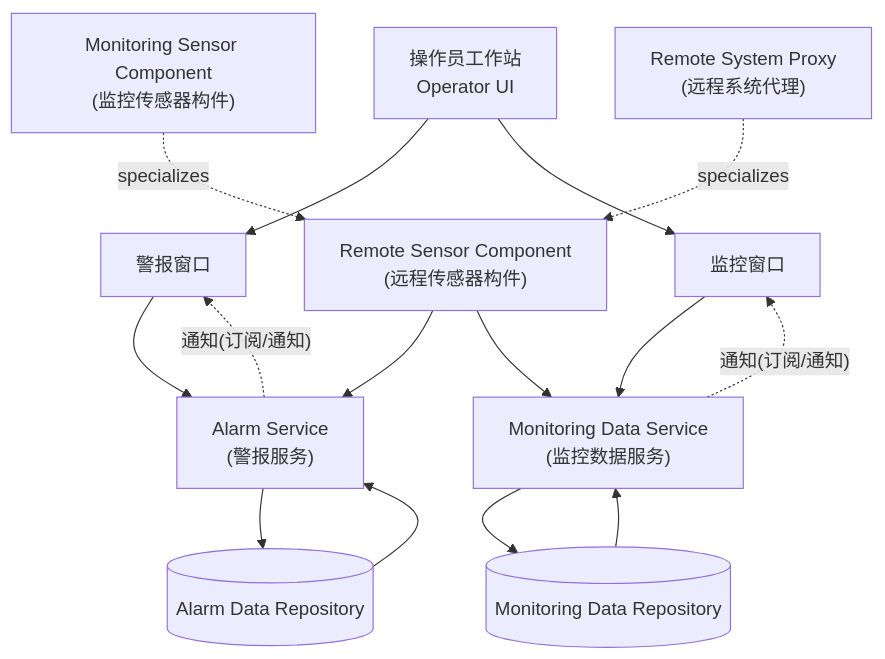
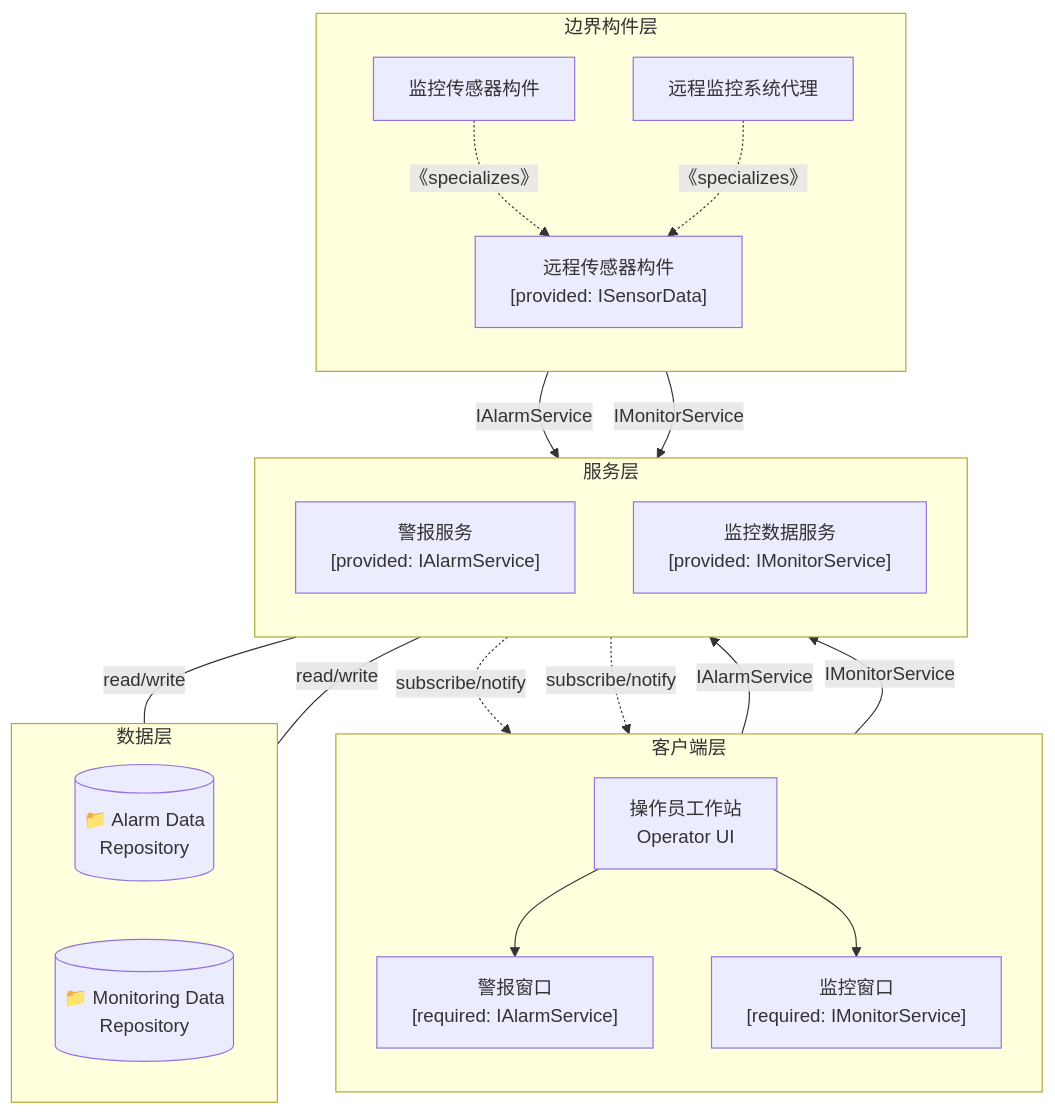
Before and after one commit to GodLiangJingYu/MyCodeResource: the fourth of 9 diagrams in 软件架构设计/实验/实验3/提交/2023302855 梁景毓 ex3.md, drawn with Mermaid. The commit also changed other lines of this file and 138 other files, not shown here.

````diff
--- a/软件架构设计/实验/实验3/提交/2023302855 梁景毓 ex3.md
+++ b/软件架构设计/实验/实验3/提交/2023302855 梁景毓 ex3.md
@@ -152,36 +185,45 @@
 ```mermaid
 flowchart TB
-OpUI[操作员工作站\nOperator UI]
-AlarmWin[警报窗口]
-MonWin[监控窗口]
+    subgraph 客户端层
+        direction TB
+        OpUI["操作员工作站\nOperator UI"]
+        AlarmWin["警报窗口\n[required: IAlarmService]"]
+        MonWin["监控窗口\n[required: IMonitorService]"]
+        
+        OpUI --> AlarmWin
+        OpUI --> MonWin
+    end
 
-AlarmSvc["Alarm Service\n(警报服务)"]
-MonSvc["Monitoring Data Service\n(监控数据服务)"]
+    subgraph 服务层
+        direction TB
+        AlarmSvc["警报服务\n[provided: IAlarmService]"]
+        MonSvc["监控数据服务\n[provided: IMonitorService]"]
+    end
 
-SensorComp["Remote Sensor Component\n(远程传感器构件)"]
-MSensorComp["Monitoring Sensor Component\n(监控传感器构件)"]
-RemoteProxy["Remote System Proxy\n(远程系统代理)"]
+    subgraph 边界构件层
+        direction TB
+        SensorComp["远程传感器构件\n[provided: ISensorData]"]
+        MSensorComp["监控传感器构件"]
+        RemoteProxy["远程监控系统代理"]
+        
+        MSensorComp -. "《specializes》" .-> SensorComp
+        RemoteProxy -. "《specializes》" .-> SensorComp
+    end
 
-AlarmRepo[("Alarm Data Repository")]
-MonRepo[("Monitoring Data Repository")]
+    subgraph 数据层
+        direction LR
+        AlarmRepo[("📁 Alarm Data\nRepository")]
+        MonRepo[("📁 Monitoring Data\nRepository")]
+    end
 
-OpUI --> AlarmWin
-OpUI --> MonWin
+    AlarmWin -- "IAlarmService" --> AlarmSvc
+    MonWin -- "IMonitorService" --> MonSvc
+    SensorComp -- "IAlarmService" --> AlarmSvc
+    SensorComp -- "IMonitorService" --> MonSvc
 
-AlarmWin --> AlarmSvc
-MonWin --> MonSvc
+    AlarmSvc -- "read/write" --- AlarmRepo
+    MonSvc -- "read/write" --- MonRepo
 
-SensorComp --> AlarmSvc
-SensorComp --> MonSvc
-
-MSensorComp -. "specializes" .-> SensorComp
-RemoteProxy -. "specializes" .-> SensorComp
-
-AlarmSvc --> AlarmRepo
-AlarmRepo --> AlarmSvc
-MonSvc --> MonRepo
-MonRepo --> MonSvc
-
-AlarmSvc -. "通知(订阅/通知)" .-> AlarmWin
-MonSvc -. "通知(订阅/通知)" .-> MonWin
+    AlarmSvc -. "subscribe/notify" .-> AlarmWin
+    MonSvc -. "subscribe/notify" .-> MonWin
 ```
````
